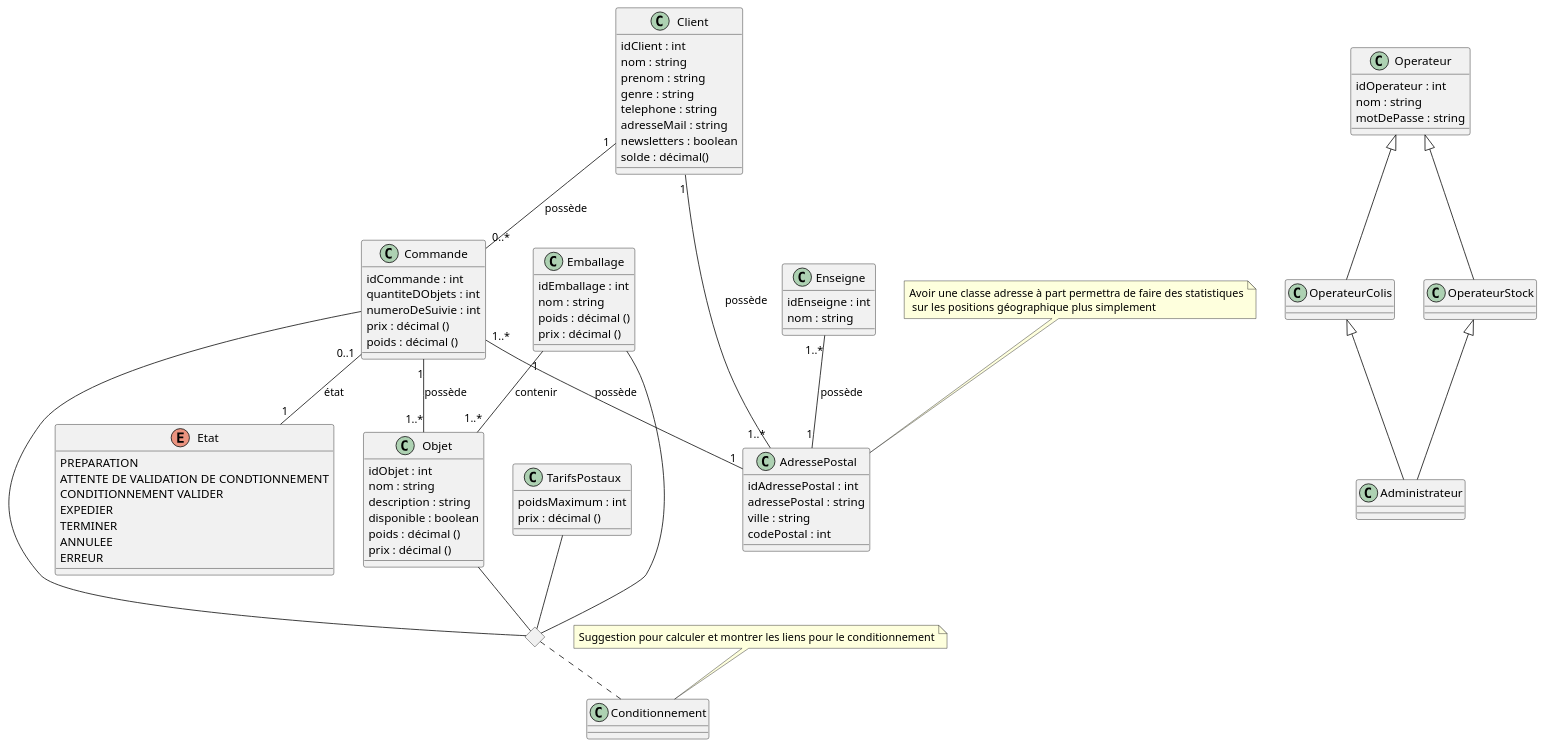
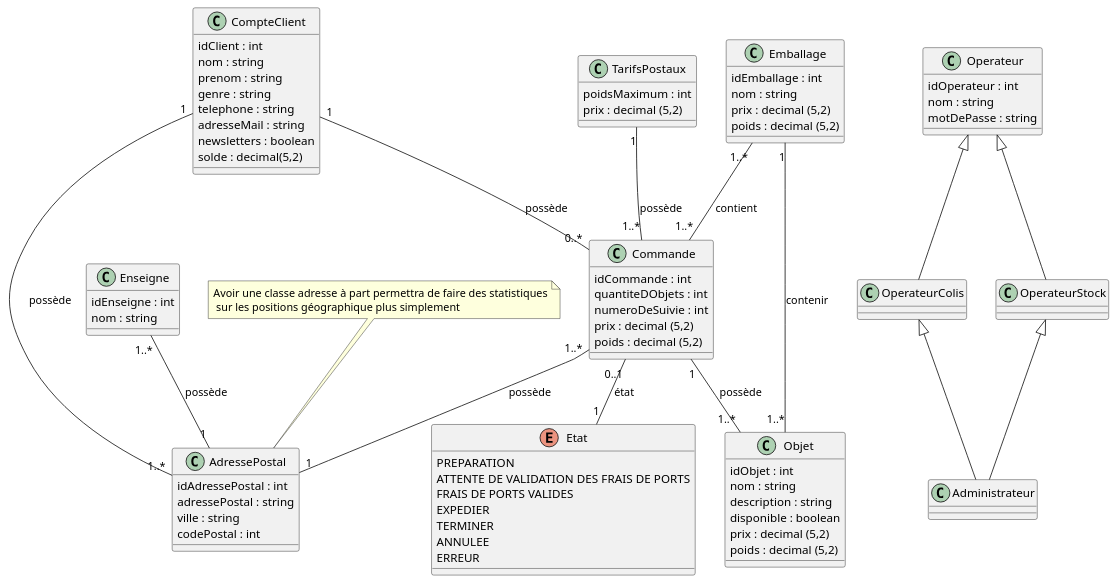
The diagram in Diagrammes_de_classe/Diagramme_de_classe_proposition_changement.puml (Bluwen/Conception_d_une_application_informatique), drawn with PlantUML before and after one commit. The commit also changed 6 other files, not shown here.

```diff
--- a/Diagrammes_de_classe/Diagramme_de_classe_proposition_changement.puml
+++ b/Diagrammes_de_classe/Diagramme_de_classe_proposition_changement.puml
@@ -1,123 +1,125 @@
 @startuml Classe model
 
-class Client {
+class CompteClient {
     idClient : int
     nom : string
     prenom : string
     genre : string
     'adressePostal : string
     'codePostal : int
     'ville : string
     telephone : string
     adresseMail : string
     newsletters : boolean
-    {field} solde : décimal()
+    {field} solde : decimal(5,2)
 }
 
 class Commande {
     idCommande : int
     quantiteDObjets : int
     numeroDeSuivie : int
-    {field} prix : décimal ()
-    {field} poids : décimal ()
+    {field} prix : decimal (5,2)
+    {field} poids : decimal (5,2)
 }
 
 class Objet {
     idObjet : int
     nom : string
     description : string
     disponible : boolean
-    {field} poids : décimal ()
-    {field} prix : décimal ()
+    {field} prix : decimal (5,2)
+    {field} poids : decimal (5,2)
 }
 
 class Emballage {
     idEmballage : int
     nom : string
-    {field} poids : décimal ()
-    {field} prix : décimal ()
+    {field} prix : decimal (5,2)
+    {field} poids : decimal (5,2)
 }
 
 class Enseigne {
     idEnseigne : int
     nom : string
     'ville : string
     'codePostal : int
 }
 
 class TarifsPostaux {
     poidsMaximum : int
-    {field} prix : décimal ()
+    {field} prix : decimal (5,2)
 }
 
 class AdressePostal {
     idAdressePostal : int
     adressePostal : string
     ville : string
     codePostal : int
 }
 
 enum Etat {
     PREPARATION
-    ATTENTE DE VALIDATION DE CONDTIONNEMENT
-    CONDITIONNEMENT VALIDER
+    ATTENTE DE VALIDATION DES FRAIS DE PORTS
+    FRAIS DE PORTS VALIDES
     EXPEDIER
     TERMINER
     ANNULEE
     ERREUR
 }
 
 
-class Conditionnement {
+'class Conditionnement {}
 
-}
-
-diamond dia
+'diamond dia
 
 class Operateur {
     idOperateur : int
     nom : string
     motDePasse : string
 }
 
 class OperateurColis {
 
 }
 
 class OperateurStock {
 
 }
 
 class Administrateur {
 
 }
 
-Client "1"-- "0..*" Commande : possède
+CompteClient "1"-- "0..*" Commande : possède
 Commande "1" -- "1..*" Objet : possède
 Emballage "1" -- "1..*" Objet : contenir
 
-Client "1" -- "1..*" AdressePostal : possède
+CompteClient "1" -- "1..*" AdressePostal : possède
 Commande "1..*" -- "1" AdressePostal : possède
 Enseigne "1..*" -- "1"AdressePostal : possède
 
 note "Avoir une classe adresse à part permettra de faire des statistiques\n sur les positions géographique plus simplement" as N1
 
 N1 .. AdressePostal
 
-Emballage -- dia
-Objet -- dia
-Commande -- dia
-TarifsPostaux -- dia
-dia .. Conditionnement
+'Emballage -- dia
+'Objet -- dia
+'Commande -- dia
+'TarifsPostaux -- dia
+'dia .. Conditionnement
 
-note "Suggestion pour calculer et montrer les liens pour le conditionnement" as N2
-N2 .. Conditionnement
+'note "Suggestion pour calculer et montrer les liens pour le conditionnement" as N2
+'N2 .. Conditionnement
 
 Operateur <|-- OperateurColis
 Operateur <|-- OperateurStock
 OperateurStock <|-- Administrateur
 OperateurColis <|-- Administrateur
 
 Commande "0..1" -- "1"Etat :état
 
+TarifsPostaux "1" -- "1..*" Commande : possède
+
+Emballage"1..*" -- "1..*"Commande : contient
+
 @enduml
```
